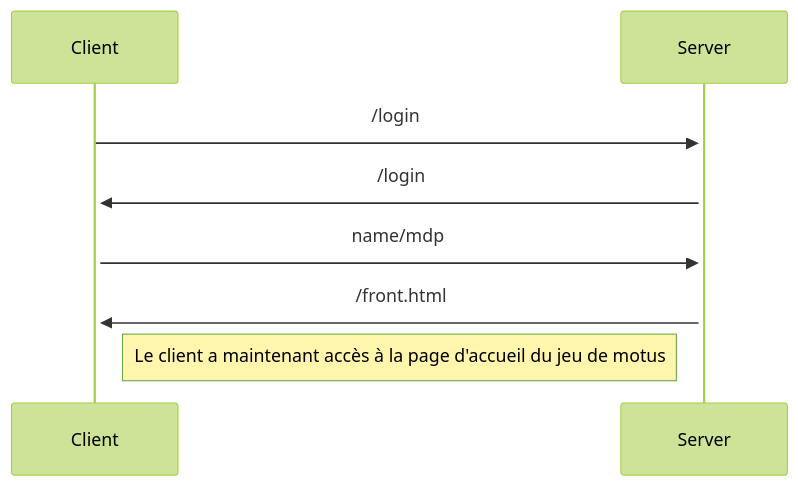
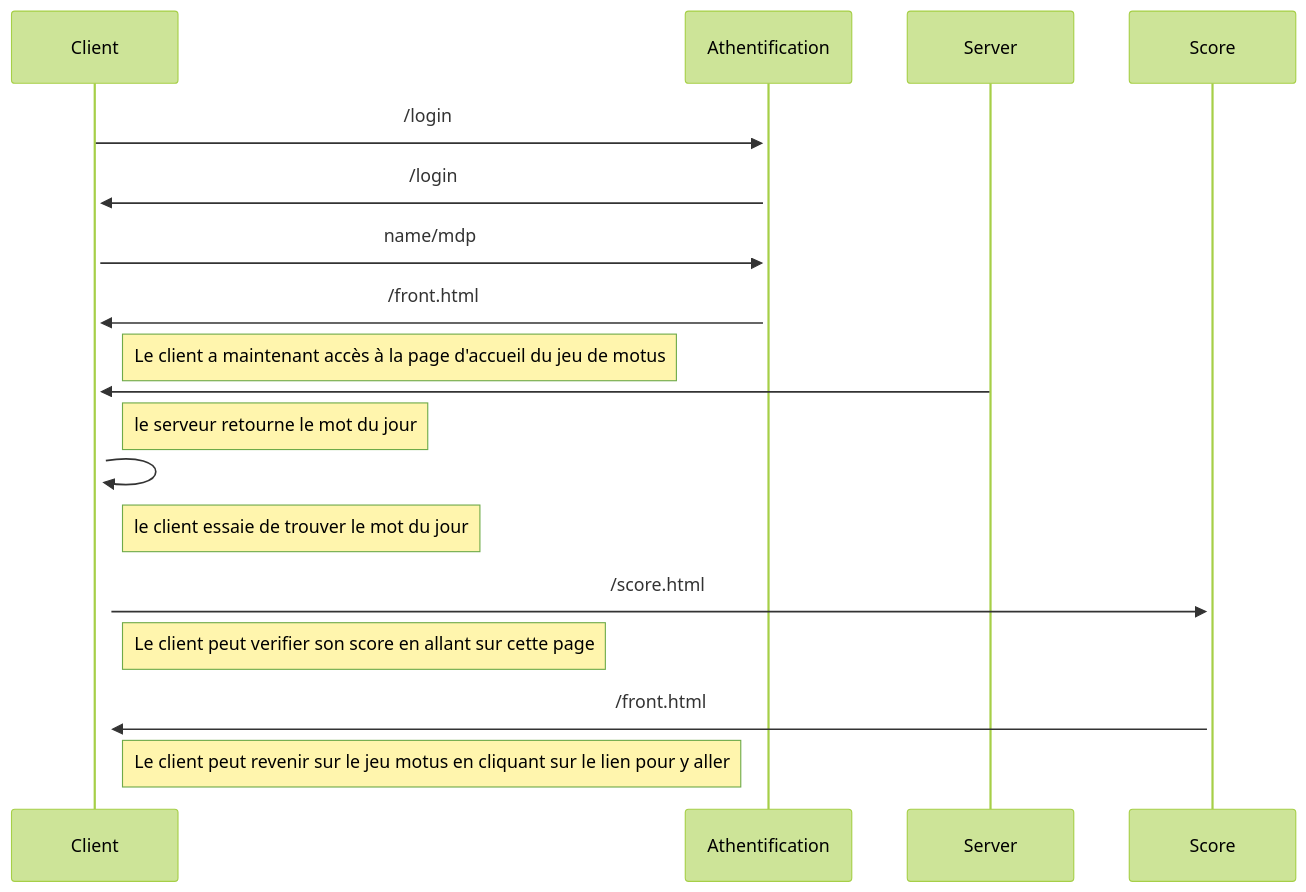
The diagram in README.md (RadoDominique/motus), drawn with Mermaid (forest theme) before and after one commit. The commit also changed other lines of this file, not shown here.

````diff
--- a/README.md
+++ b/README.md
@@ -31,10 +31,18 @@
 ```mermaid
 
 sequenceDiagram
-    Client->>+Server: /login
-    Server->>+Client: /login
-    Client->>Server: name/mdp
-    Server->>Client:/front.html
+    Client->>+Athentification: /login
+    Athentification->>+Client: /login
+    Client->>Athentification: name/mdp
+    Athentification->>Client:/front.html
     Note right of Client: Le client a maintenant accès à la page d'accueil du jeu de motus
+    Server->>+Client : 
+    note right of Client : le serveur retourne le mot du jour
+    Client->>+Client: 
+    note right of Client: le client essaie de trouver le mot du jour
+    Client->>+Score: /score.html
+    note right of Client: Le client peut verifier son score en allant sur cette page
+    Score->>+Client: /front.html
+    note right of Client: Le client peut revenir sur le jeu motus en cliquant sur le lien pour y aller
     
  ```
````
